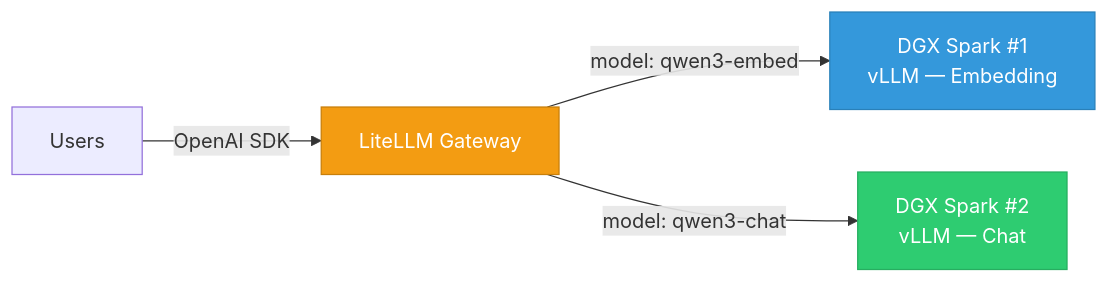
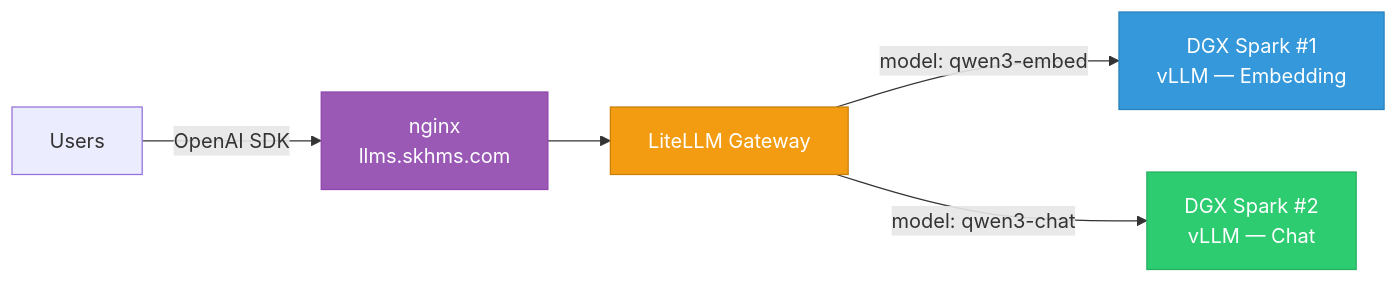
One commit to natenberenstein/deep-dive-llms changed the first of 2 diagrams in docs/06-production-and-mlops/self-hosting-llms-on-dgx-spark.md. Above: the diagram before and after it, drawn with Mermaid. The commit also changed other lines of this file, not shown here.

Commit message:
docs: include additional info on api gateway for exposing llms

````diff
--- a/docs/06-production-and-mlops/self-hosting-llms-on-dgx-spark.md
+++ b/docs/06-production-and-mlops/self-hosting-llms-on-dgx-spark.md
@@ -33,10 +33,12 @@
 ```mermaid
 graph LR
-    A[Users] -->|OpenAI SDK| B[LiteLLM Gateway]
+    A[Users] -->|OpenAI SDK| N["nginx<br/>llms.skhms.com"]
+    N --> B[LiteLLM Gateway]
     B -->|"model: qwen3-embed"| C["DGX Spark #1<br/>vLLM — Embedding"]
     B -->|"model: qwen3-chat"| D["DGX Spark #2<br/>vLLM — Chat"]
 
+    style N fill:#9b59b6,stroke:#8e44ad,color:#fff
     style B fill:#f39c12,stroke:#c87f0a,color:#fff
     style C fill:#3498db,stroke:#2980b9,color:#fff
     style D fill:#2ecc71,stroke:#27ae60,color:#fff
 ```
````
